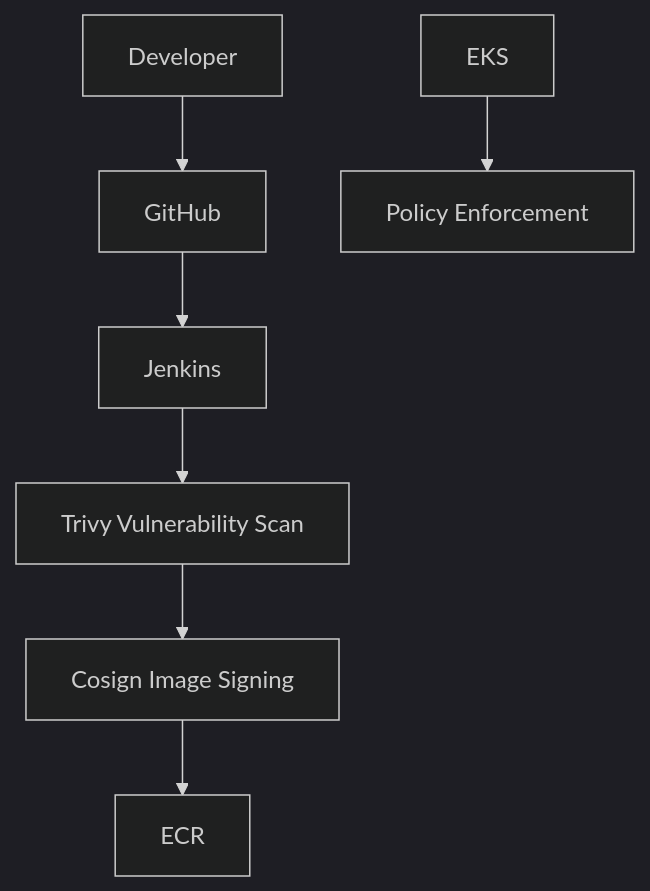
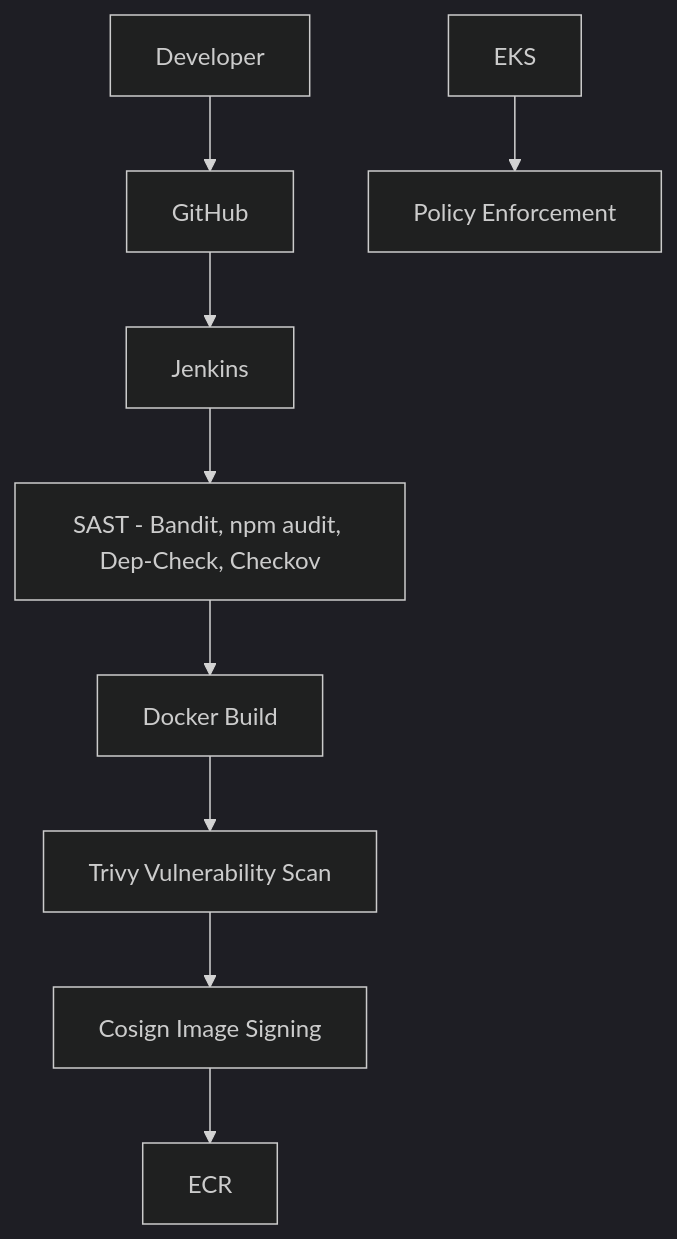
The diagram in docs/10-security/README.md (shishir-krishna-101/Stockmind-Ops), drawn with Mermaid (dark theme) before and after one commit. The commit also changed other lines of this file and 7 other files, not shown here.

````diff
--- a/docs/10-security/README.md
+++ b/docs/10-security/README.md
@@ -3,10 +3,13 @@
 ```mermaid
 flowchart TD
     Dev[Developer] --> GitHub
     GitHub --> Jenkins
-    Jenkins --> Trivy[Trivy Vulnerability Scan]
+    
+    Jenkins --> SAST[SAST - Bandit, npm audit, Dep-Check, Checkov]
+    SAST --> Build[Docker Build]
+    Build --> Trivy[Trivy Vulnerability Scan]
     Trivy --> Cosign[Cosign Image Signing]
     Cosign --> ECR
     
     EKS --> OPA[Policy Enforcement]
 ```
````
